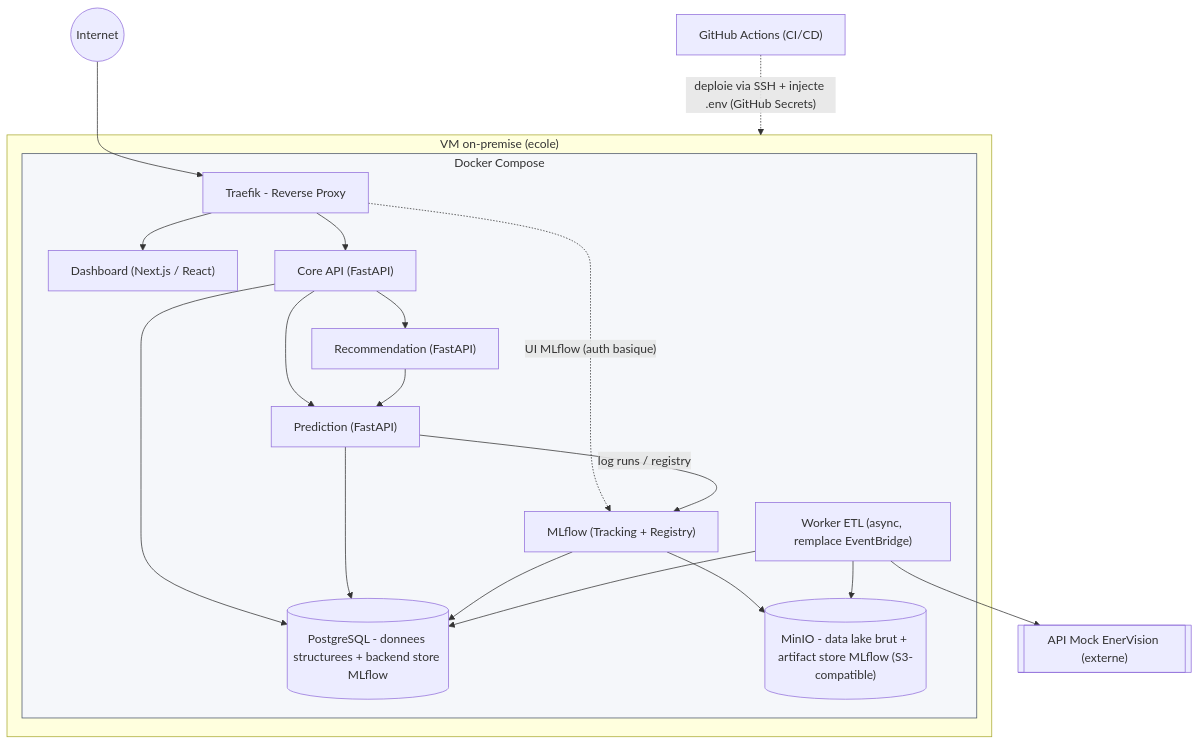
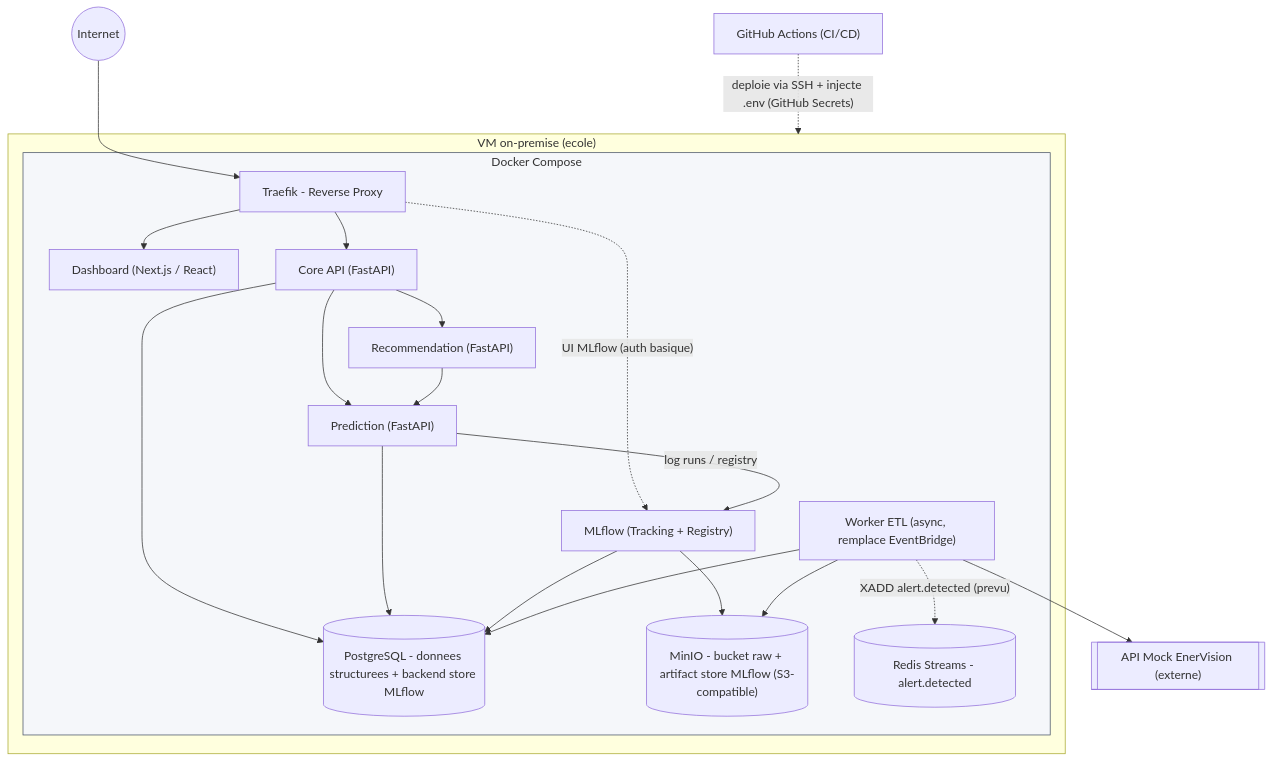
One commit to PetitPingu/EnerVision changed the diagram in docs/archi_infra.md. Above: the diagram before and after it, drawn with Mermaid. The commit also changed other lines of this file and 36 other files, not shown here.

````diff
--- a/docs/archi_infra.md
+++ b/docs/archi_infra.md
@@ -23,39 +24,41 @@
 ```mermaid
 flowchart TB
     Internet((Internet))
     Mock[["API Mock EnerVision (externe)"]]
     CI["GitHub Actions (CI/CD)"]
  
     subgraph VM["VM on-premise (ecole)"]
         subgraph Net["Docker Compose"]
             RP["Traefik - Reverse Proxy"]
             Dash["Dashboard (Next.js / React)"]
             API["Core API (FastAPI)"]
             Pred["Prediction (FastAPI)"]
             Reco["Recommendation (FastAPI)"]
             Etl["Worker ETL (async, remplace EventBridge)"]
             MLflow["MLflow (Tracking + Registry)"]
             PG[("PostgreSQL - donnees structurees + backend store MLflow")]
-            Minio[("MinIO - data lake brut + artifact store MLflow (S3-compatible)")]
+            Minio[("MinIO - bucket raw + artifact store MLflow (S3-compatible)")]
+            Redis[("Redis Streams - alert.detected")]
         end
     end
  
     Internet --> RP
     RP --> Dash
     RP --> API
     RP -. "UI MLflow (auth basique)" .-> MLflow
     API --> Pred
     API --> Reco
     Reco --> Pred
     API --> PG
     Pred --> PG
     Pred -- "log runs / registry" --> MLflow
     MLflow --> PG
     MLflow --> Minio
     Etl --> PG
     Etl --> Minio
     Etl --> Mock
+    Etl -. "XADD alert.detected (prevu)" .-> Redis
     CI -. "deploie via SSH + injecte .env (GitHub Secrets)" .-> VM
  
     style Net fill:#f5f7fa,stroke:#4a5568,stroke-width:1px
 ```
````
